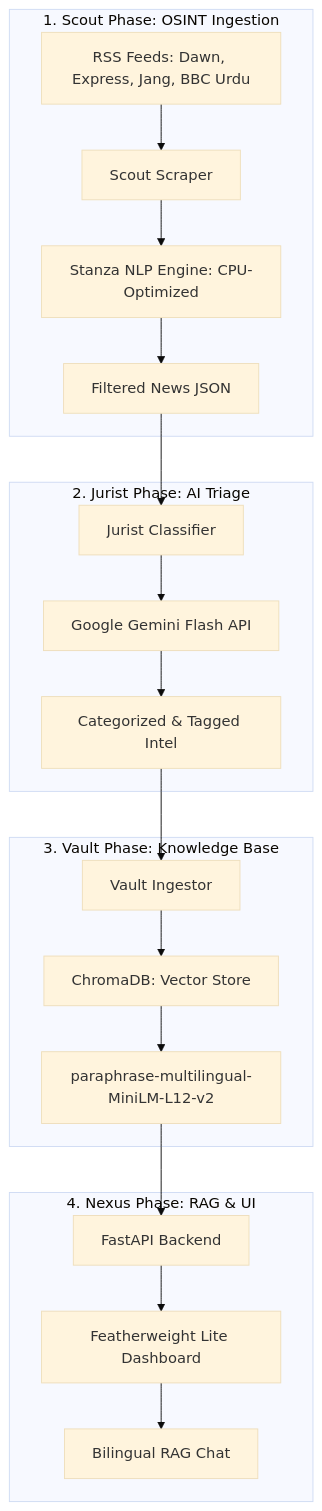
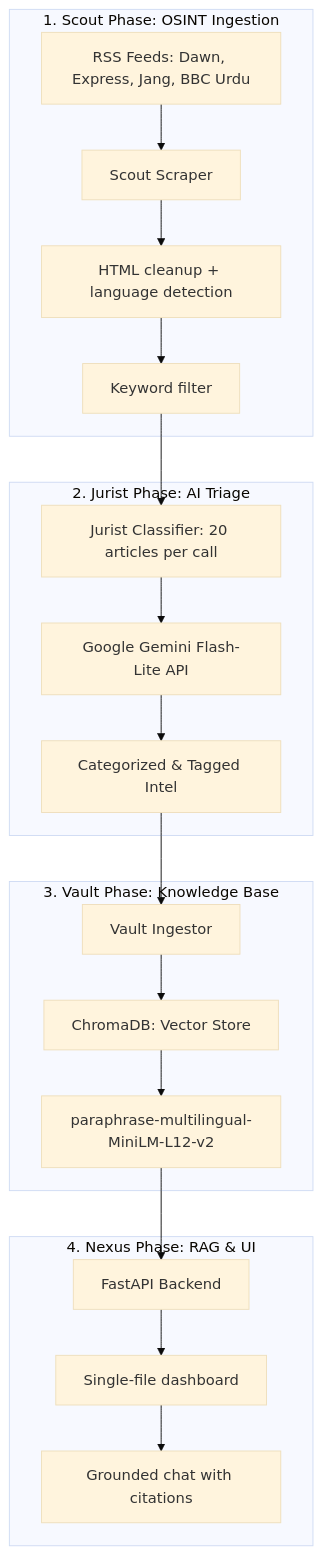
Before and after one commit to AlgorithmicAhsan/VigilancePK: the diagram in README.md, drawn with Mermaid (base theme). The commit also changed other lines of this file and 1 other file, not shown here.

````diff
--- a/README.md
+++ b/README.md
@@ -11,26 +11,26 @@
 ```mermaid
 graph TD
     subgraph Ingestion_Phase [1. Scout Phase: OSINT Ingestion]
         A[RSS Feeds: Dawn, Express, Jang, BBC Urdu] --> B[Scout Scraper]
-        B --> C[Stanza NLP Engine: CPU-Optimized]
-        C --> D[Filtered News JSON]
+        B --> C[HTML cleanup + language detection]
+        C --> D[Keyword filter]
     end
 
     subgraph Intelligence_Phase [2. Jurist Phase: AI Triage]
-        D --> E[Jurist Classifier]
-        E --> F[Google Gemini Flash API]
+        D --> E[Jurist Classifier: 20 articles per call]
+        E --> F[Google Gemini Flash-Lite API]
         F --> G[Categorized & Tagged Intel]
     end
 
     subgraph Storage_Phase [3. Vault Phase: Knowledge Base]
         G --> H[Vault Ingestor]
         H --> I[ChromaDB: Vector Store]
         I --> J[paraphrase-multilingual-MiniLM-L12-v2]
     end
 
     subgraph Presentation_Phase [4. Nexus Phase: RAG & UI]
         J --> K[FastAPI Backend]
-        K --> L[Featherweight Lite Dashboard]
-        L --> M[Bilingual RAG Chat]
+        K --> L[Single-file dashboard]
+        L --> M[Grounded chat with citations]
     end
 ```
````
